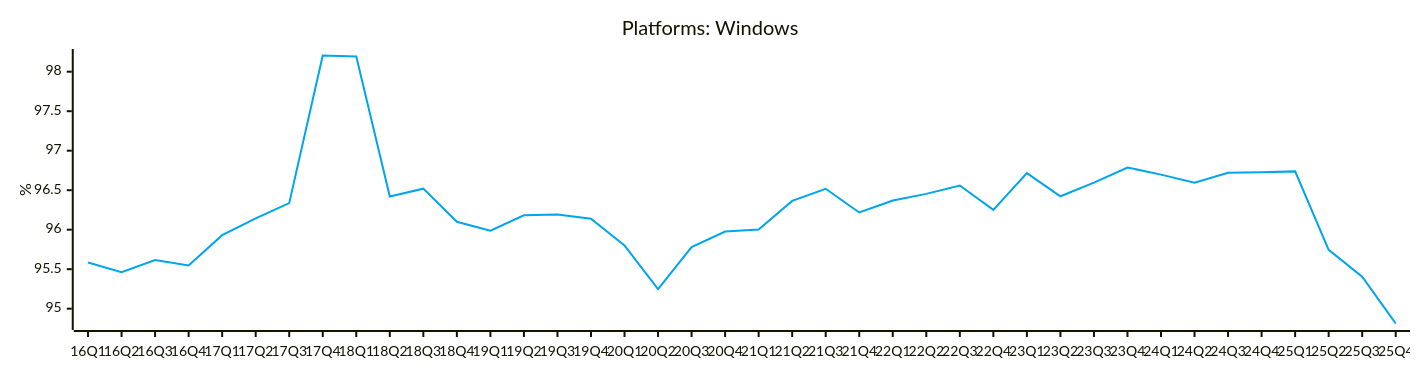
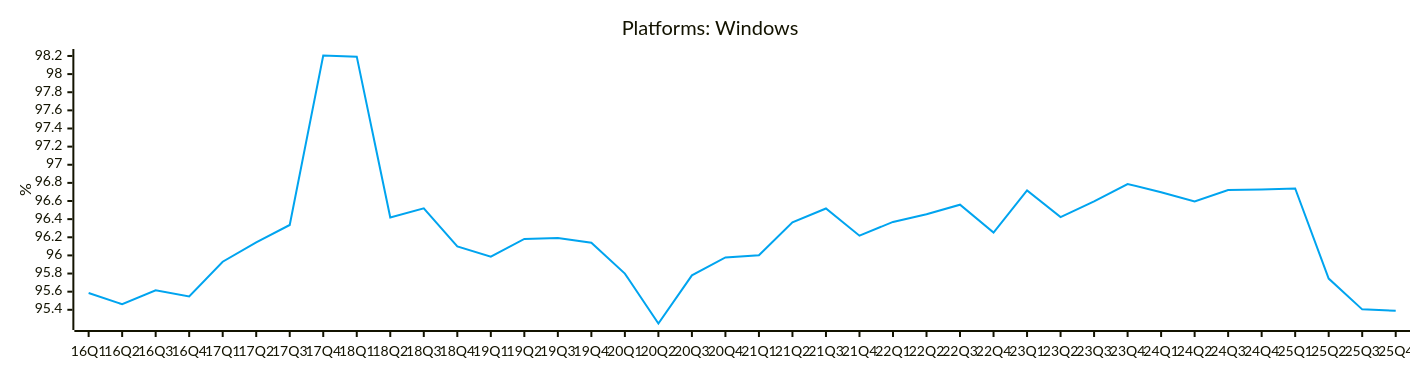
Diagram 11 of 29 in README.md (jdegene/steamHWsurvey), drawn with Mermaid before and after one commit. The commit also changed other lines of this file and 3 other files, not shown here.

````diff
--- a/README.md
+++ b/README.md
@@ -364,19 +364,19 @@
 ```mermaid
 ---
 config:
     xyChart:
         width: 1400
         height: 350
         
     themeVariables:
         xyChart:
             plotColorPalette: "#00A4EF"
 
 --- 
 
 xychart-beta
     title "Platforms: Windows"
     x-axis [16Q1, 16Q2, 16Q3, 16Q4, 17Q1, 17Q2, 17Q3, 17Q4, 18Q1, 18Q2, 18Q3, 18Q4, 19Q1, 19Q2, 19Q3, 19Q4, 20Q1, 20Q2, 20Q3, 20Q4, 21Q1, 21Q2, 21Q3, 21Q4, 22Q1, 22Q2, 22Q3, 22Q4, 23Q1, 23Q2, 23Q3, 23Q4, 24Q1, 24Q2, 24Q3, 24Q4, 25Q1, 25Q2, 25Q3, 25Q4]
     y-axis "%" 
-    line [95.58490062691743, 95.46121760937754, 95.61491327028531, 95.54792996655662, 95.93077157802871, 96.14358153189218, 96.33579735211399, 98.2051556994227, 98.19224868254287, 96.41927606149703, 96.5195047886008, 96.09970461570235, 95.98653029864667, 96.18231901638656, 96.1924850487725, 96.13973260690635, 95.79966074962071, 95.24887243795703, 95.77968082937306, 95.97729984600053, 96.00093389366951, 96.3644960136504, 96.51791074644787, 96.21786476146109, 96.36945418071323, 96.45358462278666, 96.559659973536, 96.25178127450455, 96.71672771330697, 96.42300386215726, 96.59644556741958, 96.78761180751577, 96.69704930026714, 96.59410712782618, 96.72038365912319, 96.72614773948945, 96.73812324746858, 95.74425762677885, 95.4048291732717, 94.81240620310155]
+    line [95.58490062691743, 95.46121760937753, 95.61491327028531, 95.54792996655662, 95.93077157802871, 96.14358153189218, 96.335797352114, 98.2051556994227, 98.19224868254287, 96.41927606149704, 96.5195047886008, 96.09970461570235, 95.98653029864667, 96.18231901638656, 96.1924850487725, 96.13973260690635, 95.79966074962071, 95.24887243795703, 95.77968082937306, 95.97729984600053, 96.00093389366951, 96.3644960136504, 96.51791074644787, 96.2178647614611, 96.36945418071323, 96.45358462278665, 96.559659973536, 96.25178127450455, 96.71672771330697, 96.42300386215724, 96.5964455674196, 96.78761180751577, 96.69704930026714, 96.59410712782618, 96.7203836591232, 96.72614773948945, 96.73812324746858, 95.74425762677883, 95.4048291732717, 95.39001699094118]
 ``` 
````
